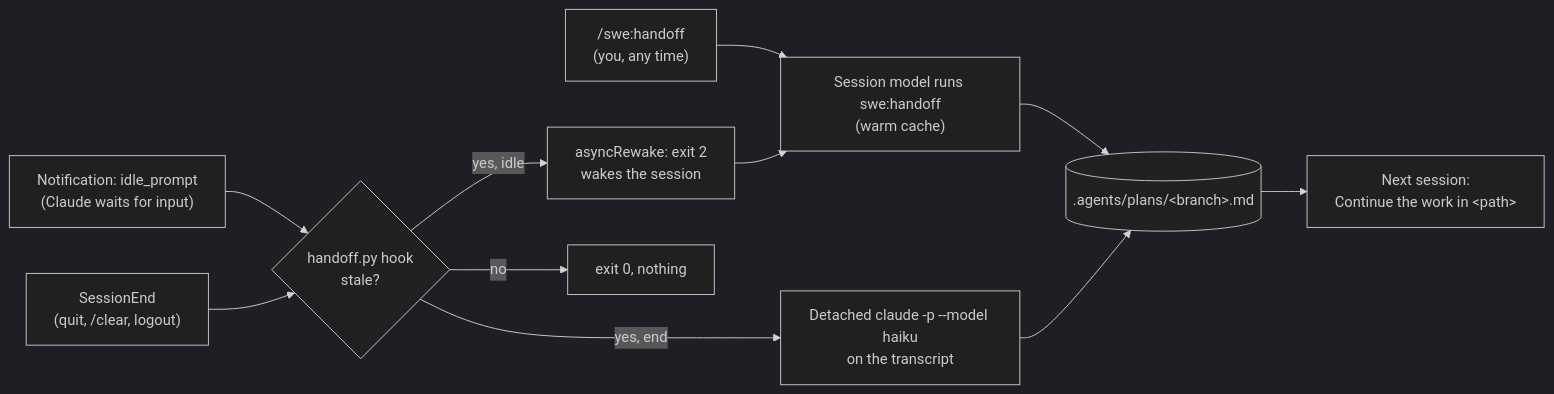
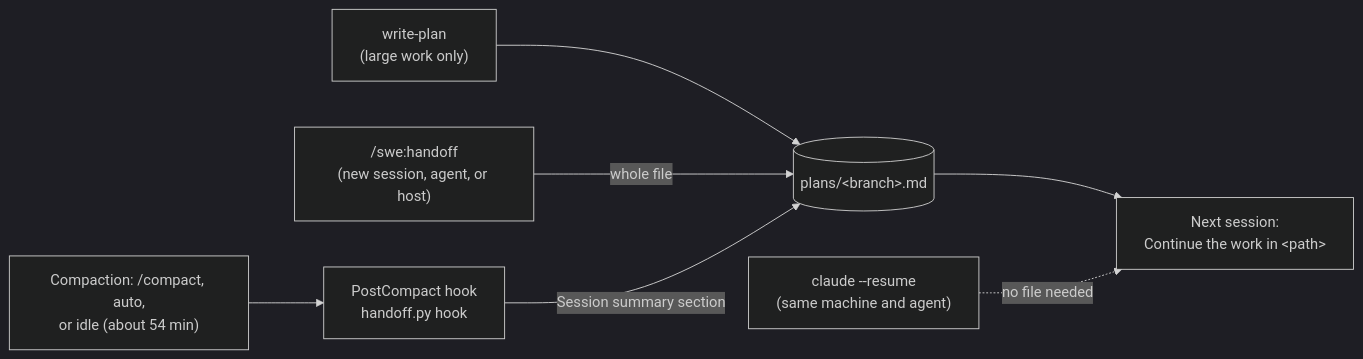
Before and after one commit to kpeez/agent-toolbox: the diagram in docs/handoffs.md, drawn with Mermaid (dark theme). The commit also changed other lines of this file and 4 other files, not shown here.

First line of the commit message:
Save compaction summaries instead of running handoff hooks

````diff
--- a/docs/handoffs.md
+++ b/docs/handoffs.md
@@ -12,23 +10,16 @@
 ```mermaid
 flowchart LR
-  manual["/swe:handoff<br/>(you, any time)"]
-  idle["Notification: idle_prompt<br/>(Claude waits for input)"]
-  ended["SessionEnd<br/>(quit, /clear, logout)"]
-  gate{"handoff.py hook<br/>stale?"}
-  rewake["asyncRewake: exit 2<br/>wakes the session"]
-  model["Session model runs swe:handoff<br/>(warm cache)"]
-  haiku["Detached claude -p --model haiku<br/>on the transcript"]
-  file[(".agents/plans/#lt;branch#gt;.md")]
+  plan["write-plan<br/>(large work only)"]
+  resume["claude --resume<br/>(same machine and agent)"]
+  manual["/swe:handoff<br/>(new session, agent, or host)"]
+  compact["Compaction: /compact, auto,<br/>or idle (about 54 min)"]
+  hook["PostCompact hook<br/>handoff.py hook"]
+  file[("plans/#lt;branch#gt;.md")]
   next["Next session:<br/>Continue the work in #lt;path#gt;"]
-  noop["exit 0, nothing"]
 
-  manual --> model
-  idle --> gate
-  ended --> gate
-  gate -- "no" --> noop
-  gate -- "yes, idle" --> rewake --> model
-  gate -- "yes, end" --> haiku
-  model --> file
-  haiku --> file
+  plan --> file
+  manual -- "whole file" --> file
+  compact --> hook -- "Session summary section" --> file
   file --> next
+  resume -. "no file needed" .-> next
 ```
````
